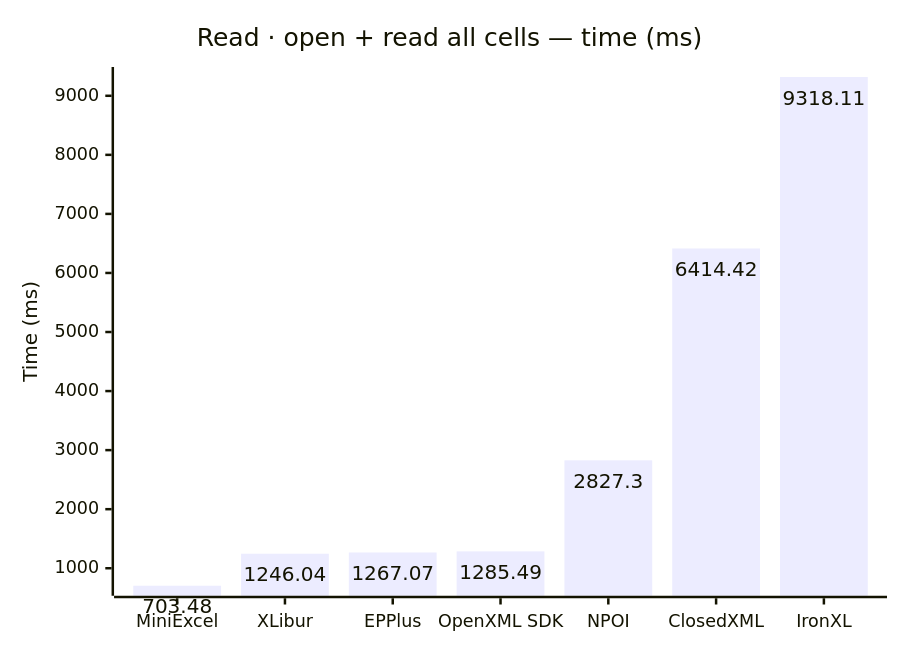
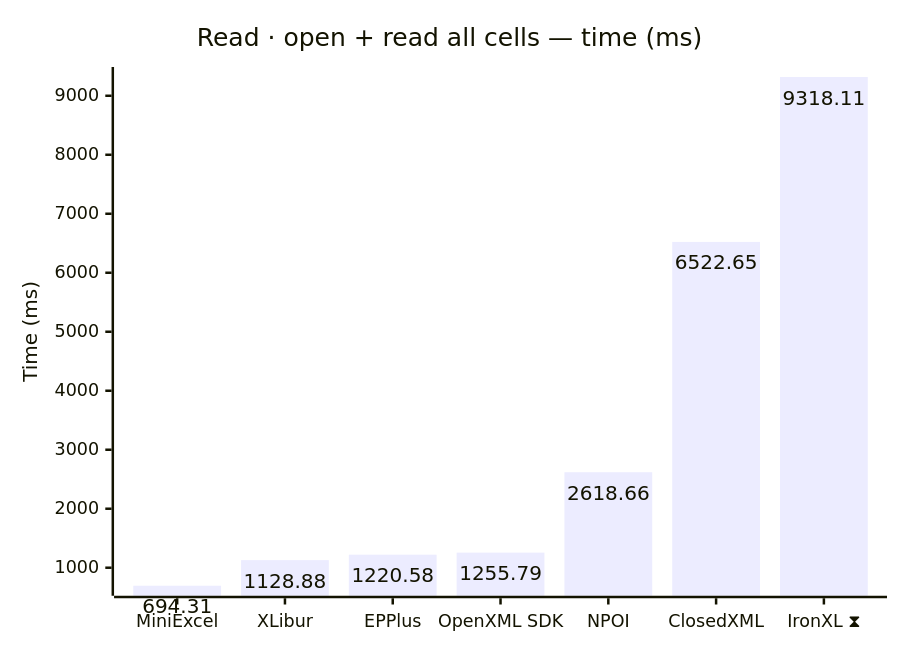
One commit to jafin/XLBench changed the third of 12 diagrams in docs/results.md. Above: the diagram before and after it, drawn with Mermaid. The commit also changed other lines of this file and 3 other files, not shown here.

````diff
--- a/docs/results.md
+++ b/docs/results.md
@@ -61,12 +65,12 @@
 ```mermaid
 ---
 config:
   xyChart:
     showDataLabel: true
 ---
 xychart-beta
     title "Read · open + read all cells — time (ms)"
-    x-axis ["MiniExcel", "XLibur", "EPPlus", "OpenXML SDK", "NPOI", "ClosedXML", "IronXL"]
+    x-axis ["MiniExcel", "XLibur", "EPPlus", "OpenXML SDK", "NPOI", "ClosedXML", "IronXL ⧗"]
     y-axis "Time (ms)"
-    bar [703.48, 1246.04, 1267.07, 1285.49, 2827.3, 6414.42, 9318.11]
+    bar [694.31, 1128.88, 1220.58, 1255.79, 2618.66, 6522.65, 9318.11]
 ```
````
